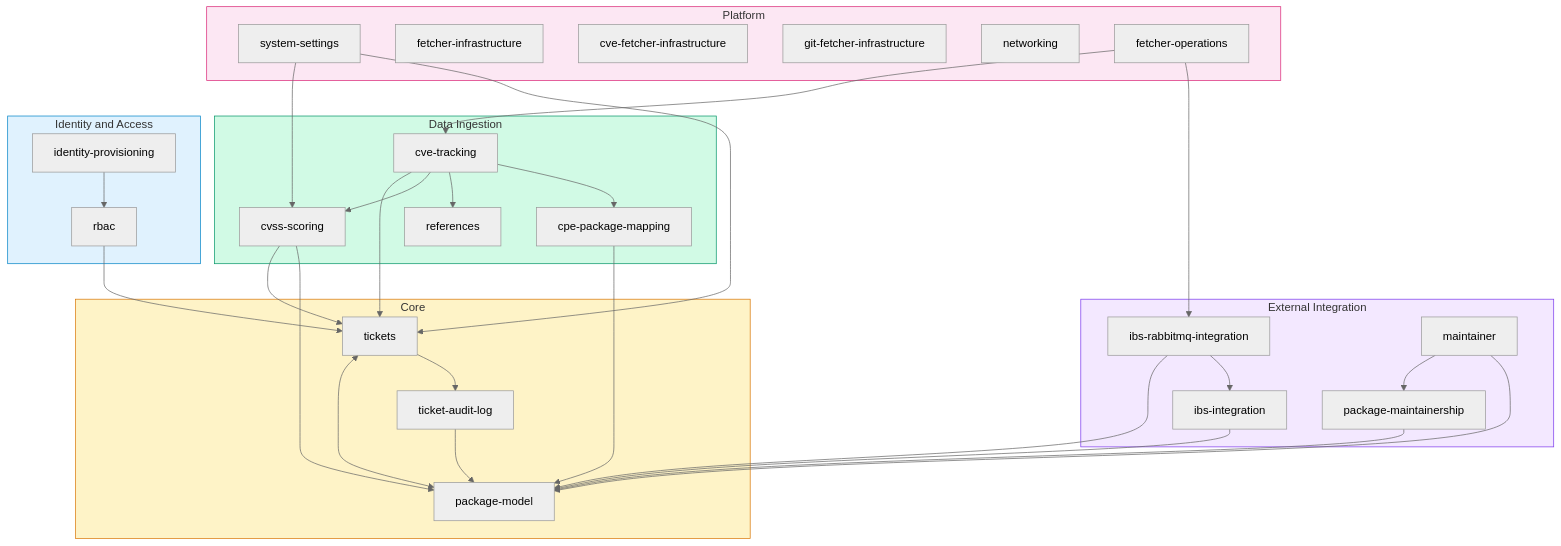
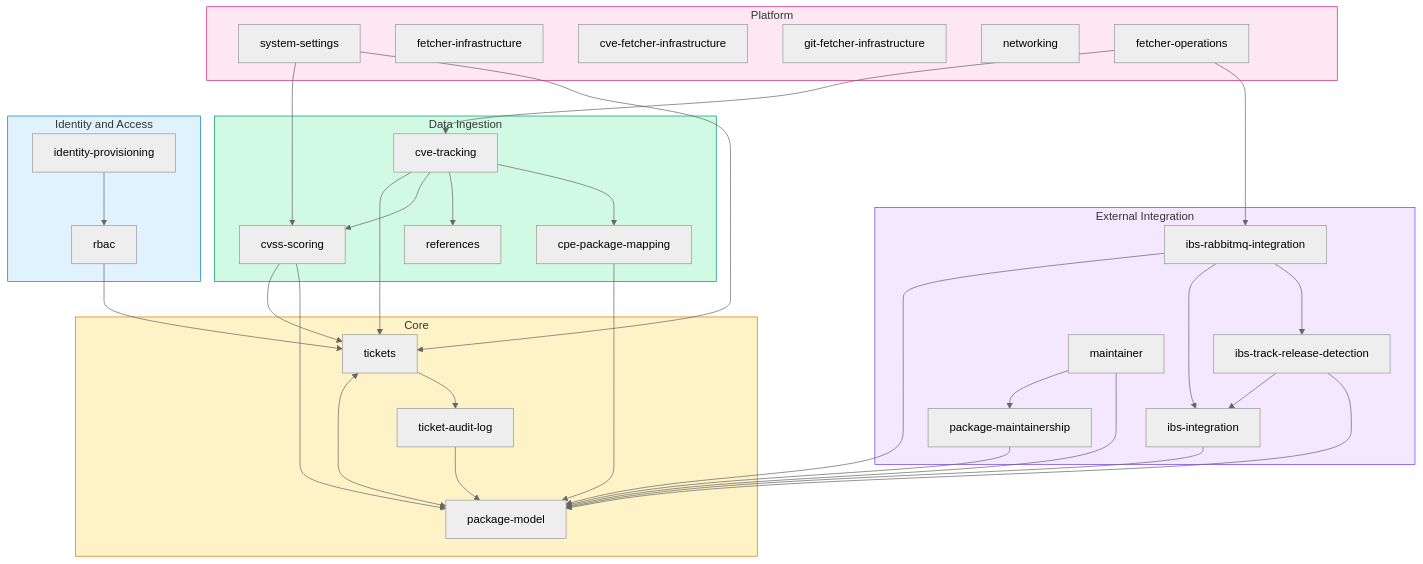
Before and after one commit to StayPirate/STAMP: the seventh of 7 diagrams in docs/system-map.md, drawn with Mermaid (neutral theme). The commit also changed other lines of this file and 16 other files, not shown here.

Commit message:
docs: define IBS track release reconciliation

````diff
--- a/docs/system-map.md
+++ b/docs/system-map.md
@@ -690,76 +695,80 @@
 ```mermaid
 flowchart TD
     subgraph core["Core"]
         TICKETS["tickets"]
         HISTORY["ticket-audit-log"]
         PKG["package-model"]
     end
 
     subgraph ingestion["Data Ingestion"]
         CVE["cve-tracking"]
         CVSS["cvss-scoring"]
         REFS["references"]
         CPE_MAP["cpe-package-mapping"]
     end
 
     subgraph integration["External Integration"]
         OBS["ibs-integration"]
         RABBIT["ibs-rabbitmq-integration"]
+        TRACK_RELEASE["ibs-track-release-detection"]
         MAINTAINERSHIP["package-maintainership"]
         MAINT["maintainer"]
     end
 
     subgraph identity["Identity and Access"]
         IDP["identity-provisioning"]
         RBAC["rbac"]
     end
 
     subgraph platform["Platform"]
         SETTINGS["system-settings"]
         FETCHER_INFRA["fetcher-infrastructure"]
         CVE_FETCHER_INFRA["cve-fetcher-infrastructure"]
         GIT_FETCHER_INFRA["git-fetcher-infrastructure"]
         NETWORKING["networking"]
         FETCHER["fetcher-operations"]
     end
 
     %% Core internal links
     TICKETS <--> PKG
     TICKETS --> HISTORY
 
     %% Ingestion → Core
     CVE --> TICKETS
     CVE --> CVSS
     CVE --> REFS
     CVE --> CPE_MAP
     CPE_MAP --> PKG
     CVSS --> TICKETS
     CVSS --> PKG
 
     %% Integration → Core
     OBS --> PKG
     RABBIT --> PKG
     RABBIT --> OBS
+    TRACK_RELEASE --> OBS
+    RABBIT --> TRACK_RELEASE
+    TRACK_RELEASE --> PKG
     MAINTAINERSHIP --> PKG
     MAINT --> MAINTAINERSHIP
     MAINT --> PKG
 
     %% Identity → Core
     IDP --> RBAC
     RBAC --> TICKETS
 
     %% Platform → everything
     SETTINGS --> CVSS
     SETTINGS --> TICKETS
     FETCHER --> CVE
     FETCHER --> RABBIT
 
     %% History links
     HISTORY --> PKG
 
     style core fill:#fef3c7,stroke:#d97706
     style ingestion fill:#d1fae5,stroke:#059669
     style integration fill:#f3e8ff,stroke:#7c3aed
     style identity fill:#e0f2fe,stroke:#0284c7
     style platform fill:#fce7f3,stroke:#db2777
 ```
````
